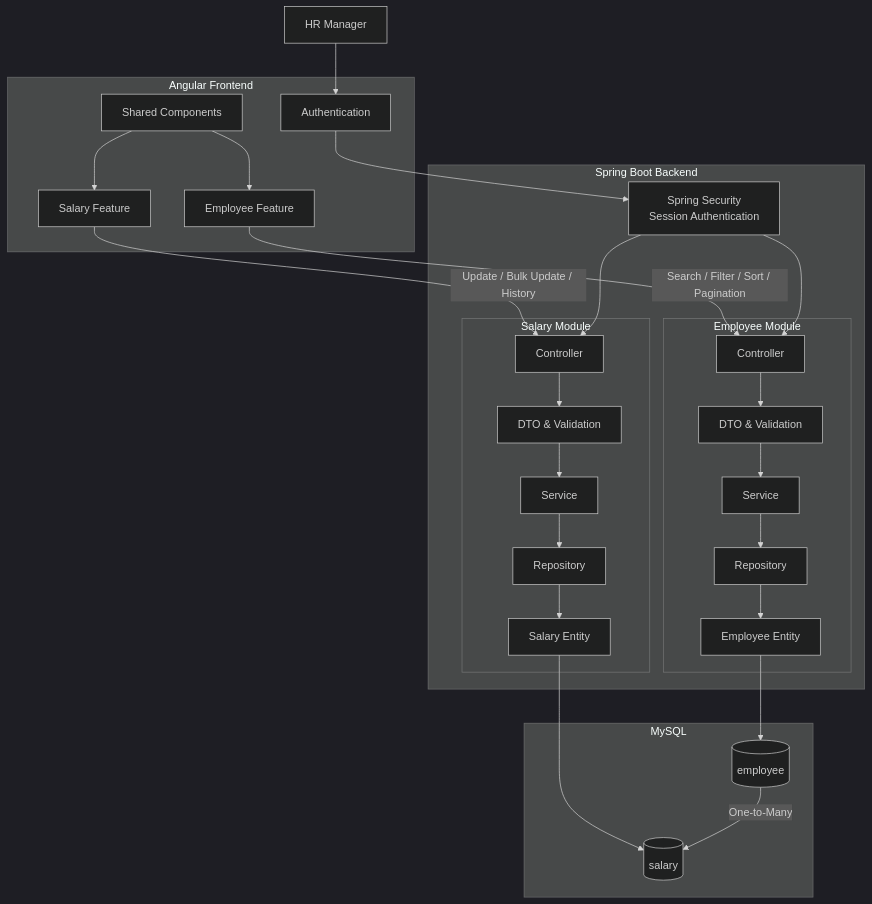
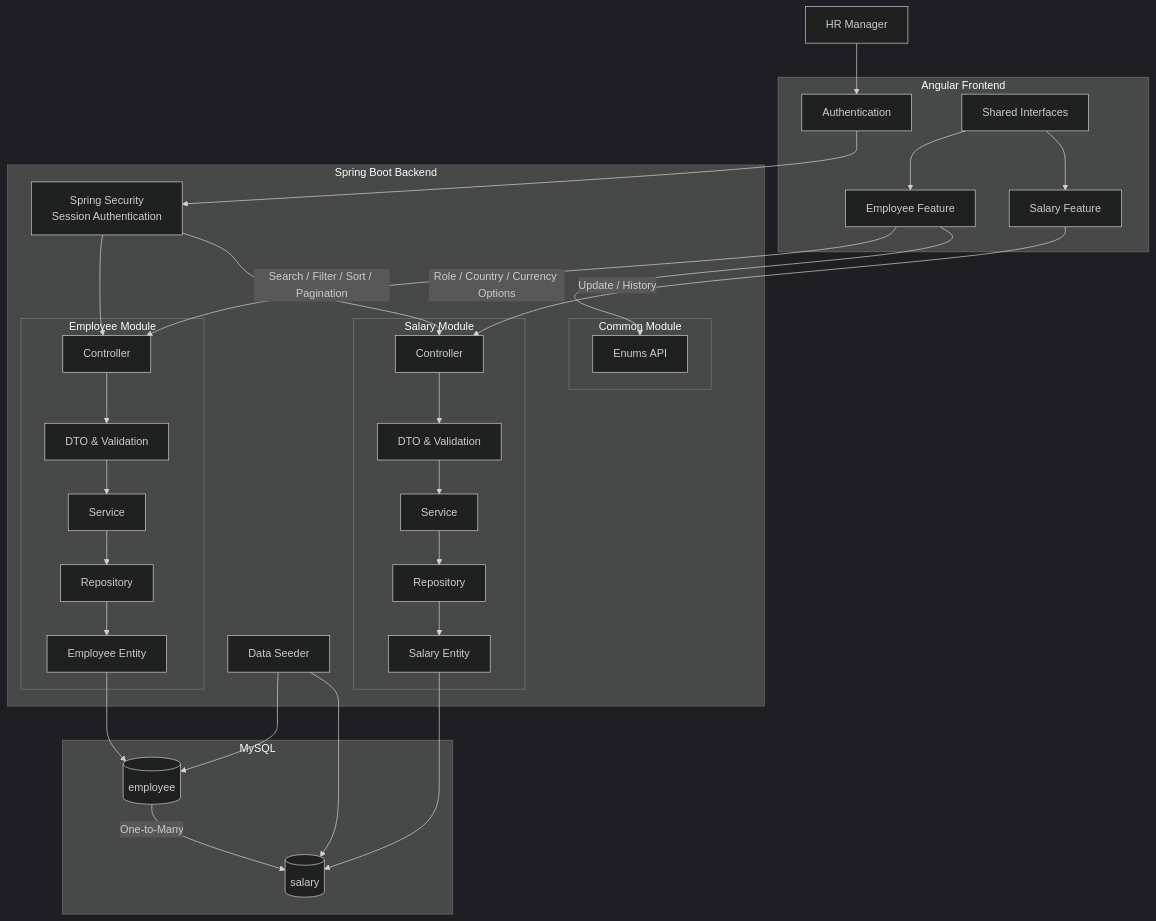
One commit to arnab-khan/salary-management changed the diagram in docs/architecture.md. Above: the diagram before and after it, drawn with Mermaid (dark theme). The commit also changed other lines of this file, not shown here.

Commit message:
Update architecture documentation to match final implementation

````diff
--- a/docs/architecture.md
+++ b/docs/architecture.md
@@ -63,63 +72,73 @@
 ```mermaid
 flowchart TD
 
     HR[HR Manager]
 
     subgraph FE[Angular Frontend]
         AUTH[Authentication]
         EMPF[Employee Feature]
         SALF[Salary Feature]
-        SHARED[Shared Components]
+        SHARED[Shared Interfaces]
     end
 
     subgraph BE[Spring Boot Backend]
         SECURITY[Spring Security<br/>Session Authentication]
 
         subgraph EMP[Employee Module]
             EC[Controller]
             ED[DTO & Validation]
             ES[Service]
             ER[Repository]
             EE[Employee Entity]
         end
 
         subgraph SAL[Salary Module]
             SC[Controller]
             SD[DTO & Validation]
             SS[Service]
             SR[Repository]
             SE[Salary Entity]
         end
+
+        subgraph COMMON[Common Module]
+            ENUMS[Enums API]
+        end
+
+        SEED[Data Seeder]
     end
 
     subgraph DB[MySQL]
         ET[(employee)]
         ST[(salary)]
     end
 
     HR --> AUTH
     AUTH --> SECURITY
 
     EMPF -->|Search / Filter / Sort / Pagination| EC
-    SALF -->|Update / Bulk Update / History| SC
+    SALF -->|Update / History| SC
+    EMPF -->|Role / Country / Currency Options| ENUMS
 
     SECURITY --> EC
     SECURITY --> SC
 
     EC --> ED
     ED --> ES
     ES --> ER
     ER --> EE
     EE --> ET
 
     SC --> SD
     SD --> SS
     SS --> SR
     SR --> SE
     SE --> ST
 
+    SEED --> ET
+    SEED --> ST
+
     ET -->|One-to-Many| ST
 
     SHARED --> EMPF
     SHARED --> SALF
 ```
````
